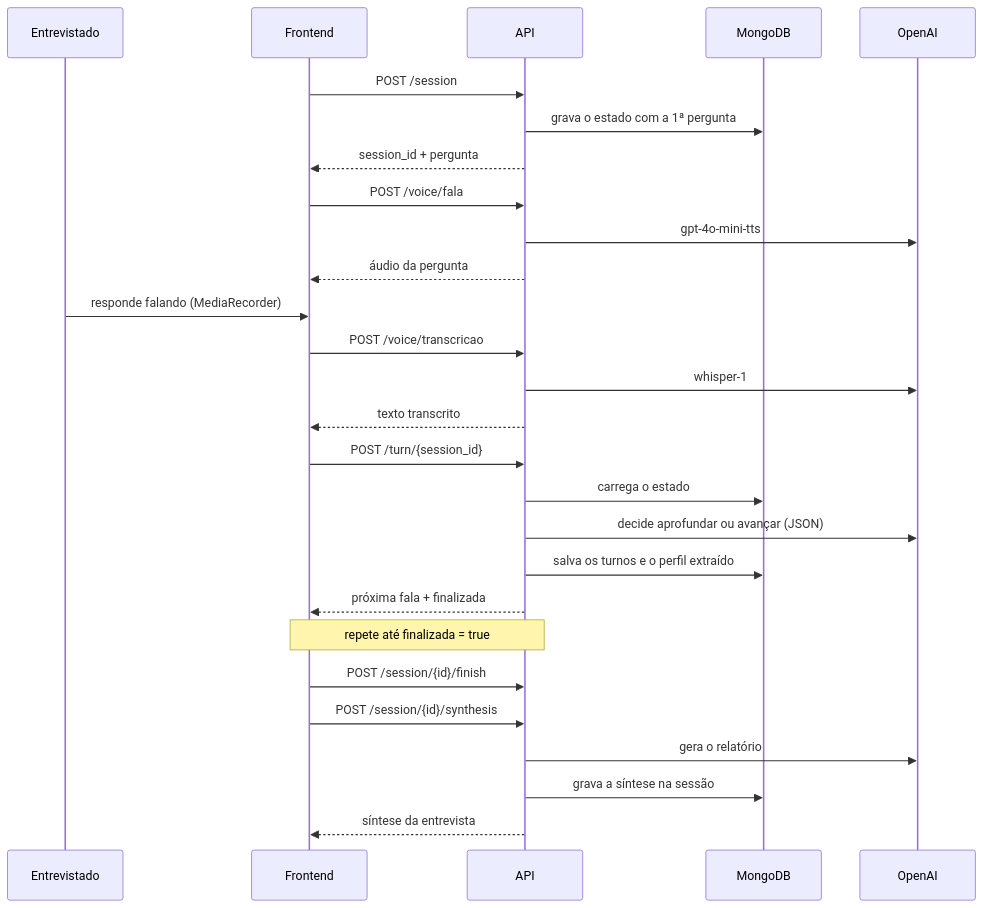
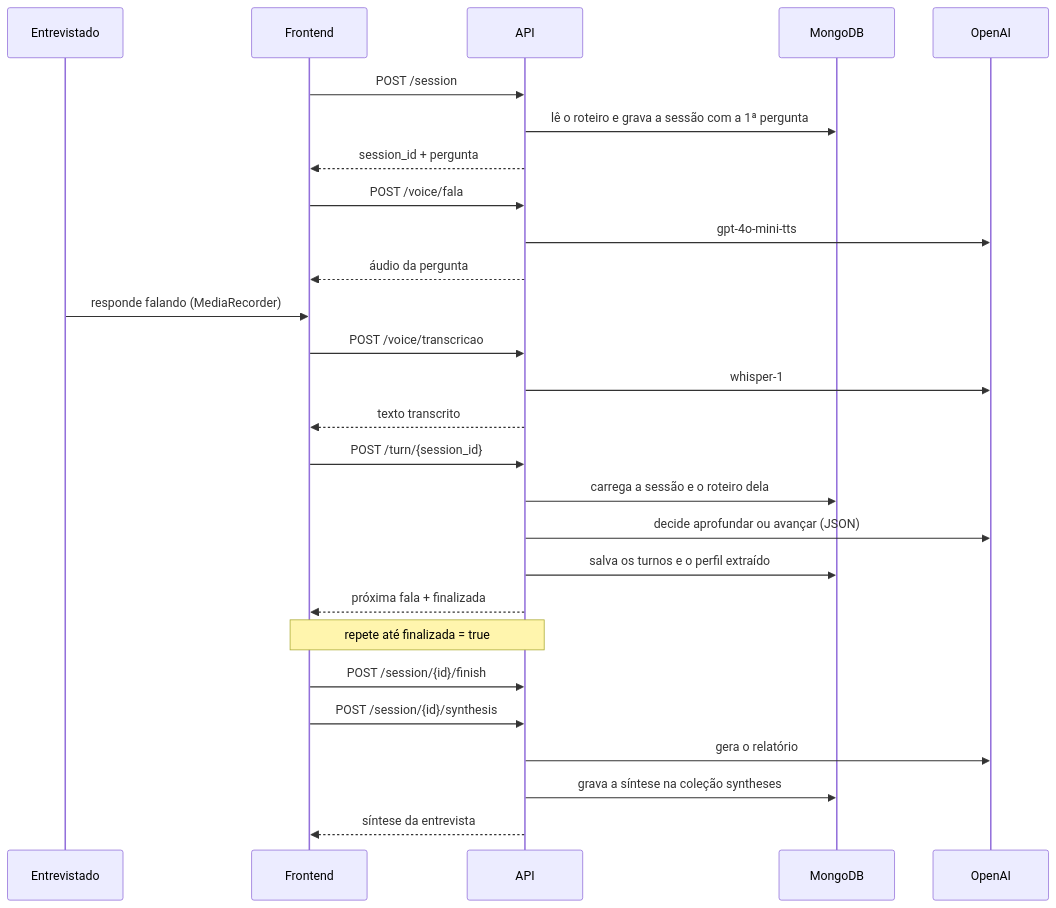
One commit to joaopaulotr/AEP-ESOFT6SA changed the second of 4 diagrams in README.md. Above: the diagram before and after it, drawn with Mermaid. The commit also changed other lines of this file and 1 other file, not shown here.

````diff
--- a/README.md
+++ b/README.md
@@ -122,30 +124,30 @@
 ```mermaid
 sequenceDiagram
     participant U as Entrevistado
     participant F as Frontend
     participant A as API
     participant M as MongoDB
     participant O as OpenAI
 
     F->>A: POST /session
-    A->>M: grava o estado com a 1ª pergunta
+    A->>M: lê o roteiro e grava a sessão com a 1ª pergunta
     A-->>F: session_id + pergunta
     F->>A: POST /voice/fala
     A->>O: gpt-4o-mini-tts
     A-->>F: áudio da pergunta
     U->>F: responde falando (MediaRecorder)
     F->>A: POST /voice/transcricao
     A->>O: whisper-1
     A-->>F: texto transcrito
     F->>A: POST /turn/{session_id}
-    A->>M: carrega o estado
+    A->>M: carrega a sessão e o roteiro dela
     A->>O: decide aprofundar ou avançar (JSON)
     A->>M: salva os turnos e o perfil extraído
     A-->>F: próxima fala + finalizada
     Note over F,A: repete até finalizada = true
     F->>A: POST /session/{id}/finish
     F->>A: POST /session/{id}/synthesis
     A->>O: gera o relatório
-    A->>M: grava a síntese na sessão
+    A->>M: grava a síntese na coleção syntheses
     A-->>F: síntese da entrevista
 ```
````
